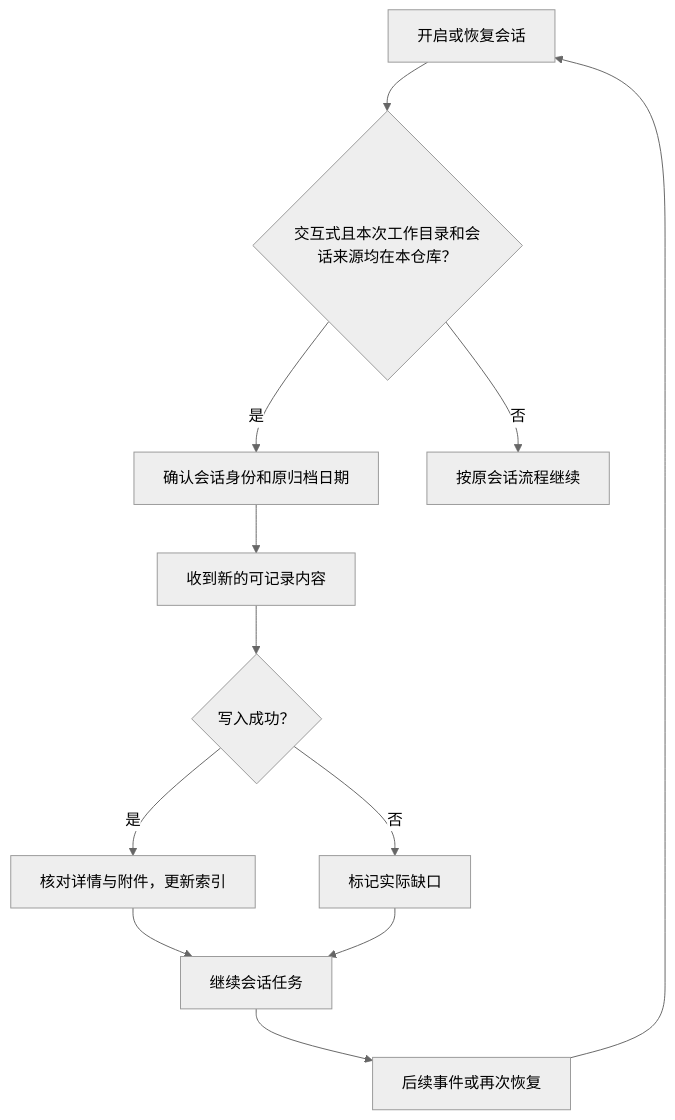
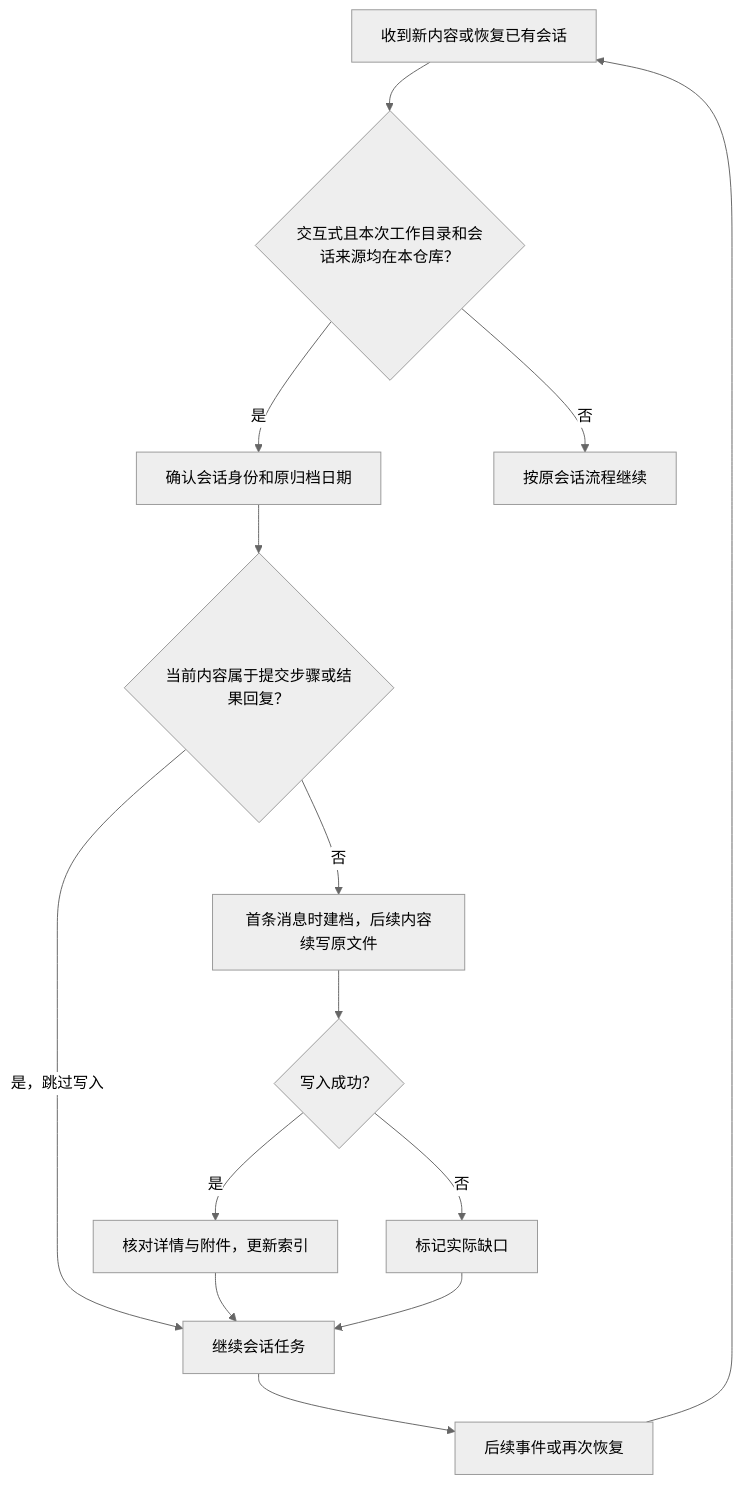
Before and after one commit to Ena-Heleneto/agent-foundry: the first of 4 diagrams in specs/skills/002-conversation-to-skill/diagrams.md, drawn with Mermaid (neutral theme). The commit also changed other lines of this file and 57 other files, not shown here.

````diff
--- a/specs/skills/002-conversation-to-skill/diagrams.md
+++ b/specs/skills/002-conversation-to-skill/diagrams.md
@@ -7,14 +7,16 @@
 ```mermaid
 flowchart TD
-    A["开启或恢复会话"] --> I{"交互式且本次工作目录和会话来源均在本仓库？"}
+    A["收到新内容或恢复已有会话"] --> I{"交互式且本次工作目录和会话来源均在本仓库？"}
     I -->|是| B["确认会话身份和原归档日期"]
     I -->|否| J["按原会话流程继续"]
-    B --> C["收到新的可记录内容"]
+    B --> K{"当前内容属于提交步骤或结果回复？"}
+    K -->|是，跳过写入| G
+    K -->|否| C["首条消息时建档，后续内容续写原文件"]
     C --> D{"写入成功？"}
     D -->|是| E["核对详情与附件，更新索引"]
     D -->|否| F["标记实际缺口"]
     E --> G["继续会话任务"]
     F --> G
     G --> H["后续事件或再次恢复"]
     H --> A
 ```
````
